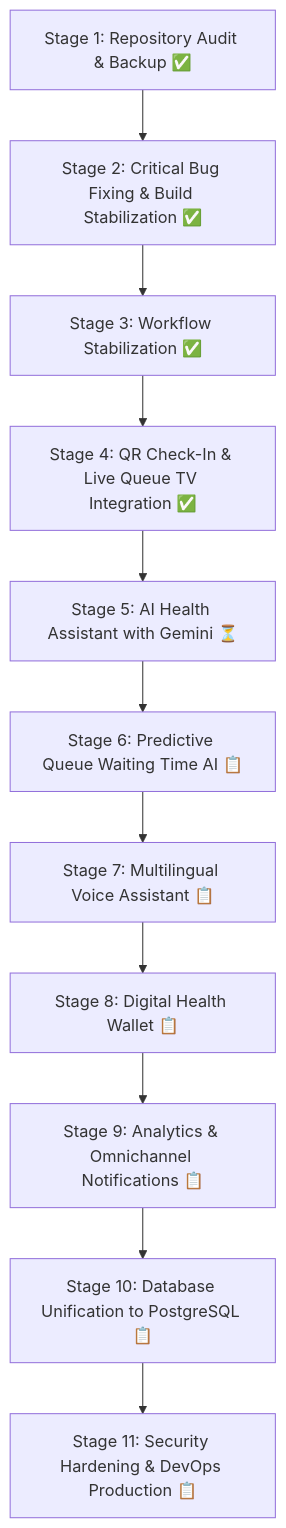
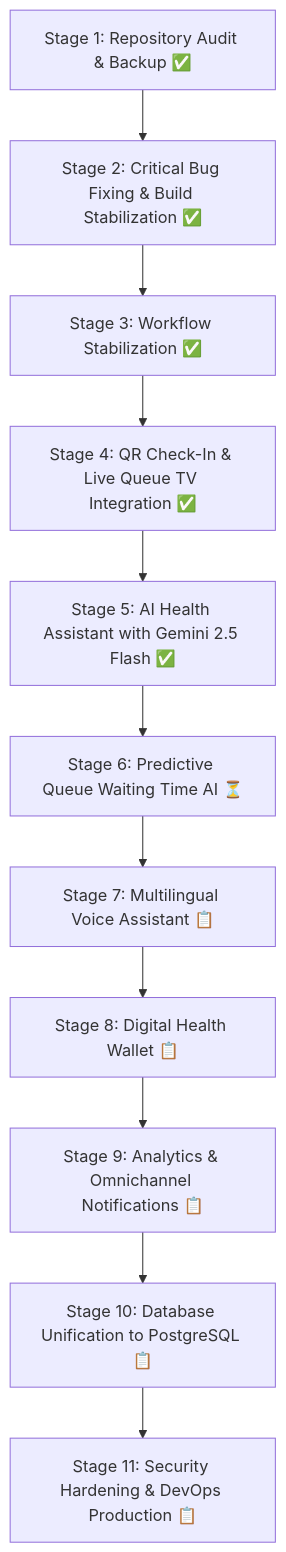
Before and after one commit to sanketlinganwar-glitch/HealPath: the diagram in DEVELOPMENT_ROADMAP.md, drawn with Mermaid. The commit also changed other lines of this file and 15 other files, not shown here.

Commit message:
feat: implement Stage 5 AI Health Assistant with Gemini 2.5 Flash and offline triage

````diff
--- a/DEVELOPMENT_ROADMAP.md
+++ b/DEVELOPMENT_ROADMAP.md
@@ -8,13 +8,13 @@
 ```mermaid
 flowchart TD
     S1[Stage 1: Repository Audit & Backup ✅] --> S2[Stage 2: Critical Bug Fixing & Build Stabilization ✅]
     S2 --> S3[Stage 3: Workflow Stabilization ✅]
     S3 --> S4[Stage 4: QR Check-In & Live Queue TV Integration ✅]
-    S4 --> S5[Stage 5: AI Health Assistant with Gemini ⏳]
-    S5 --> S6[Stage 6: Predictive Queue Waiting Time AI 📋]
+    S4 --> S5[Stage 5: AI Health Assistant with Gemini 2.5 Flash ✅]
+    S5 --> S6[Stage 6: Predictive Queue Waiting Time AI ⏳]
     S6 --> S7[Stage 7: Multilingual Voice Assistant 📋]
     S7 --> S8[Stage 8: Digital Health Wallet 📋]
     S8 --> S9[Stage 9: Analytics & Omnichannel Notifications 📋]
     S9 --> S10[Stage 10: Database Unification to PostgreSQL 📋]
     S10 --> S11[Stage 11: Security Hardening & DevOps Production 📋]
 ```
````
